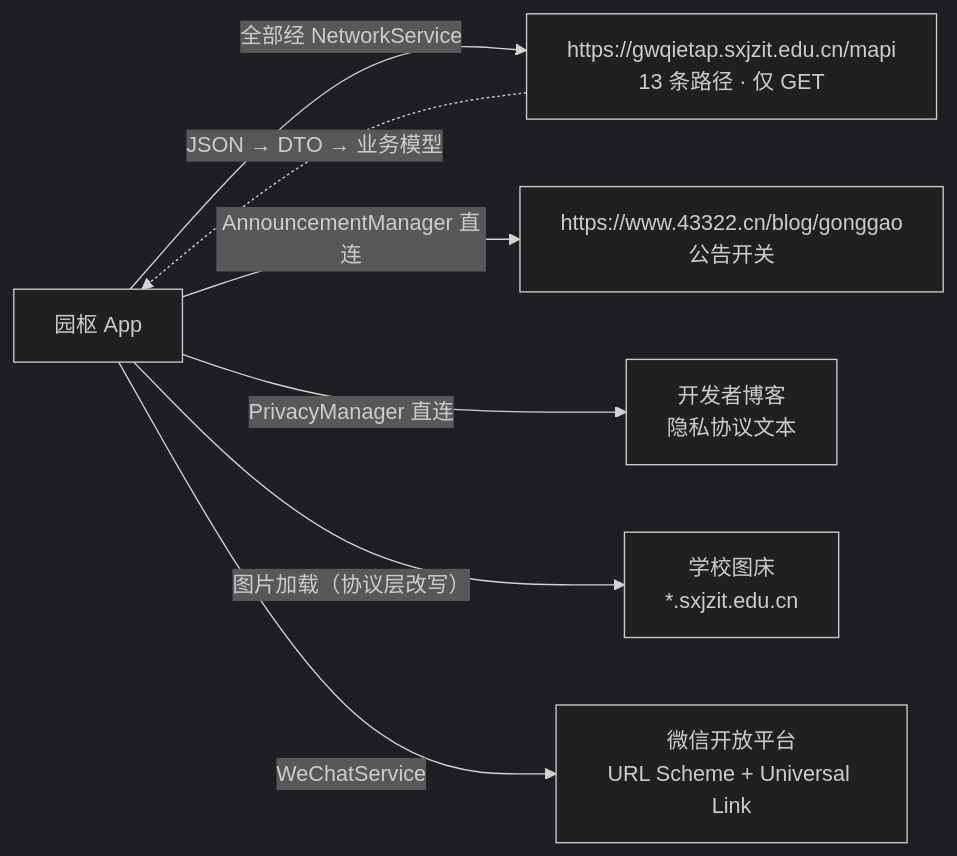
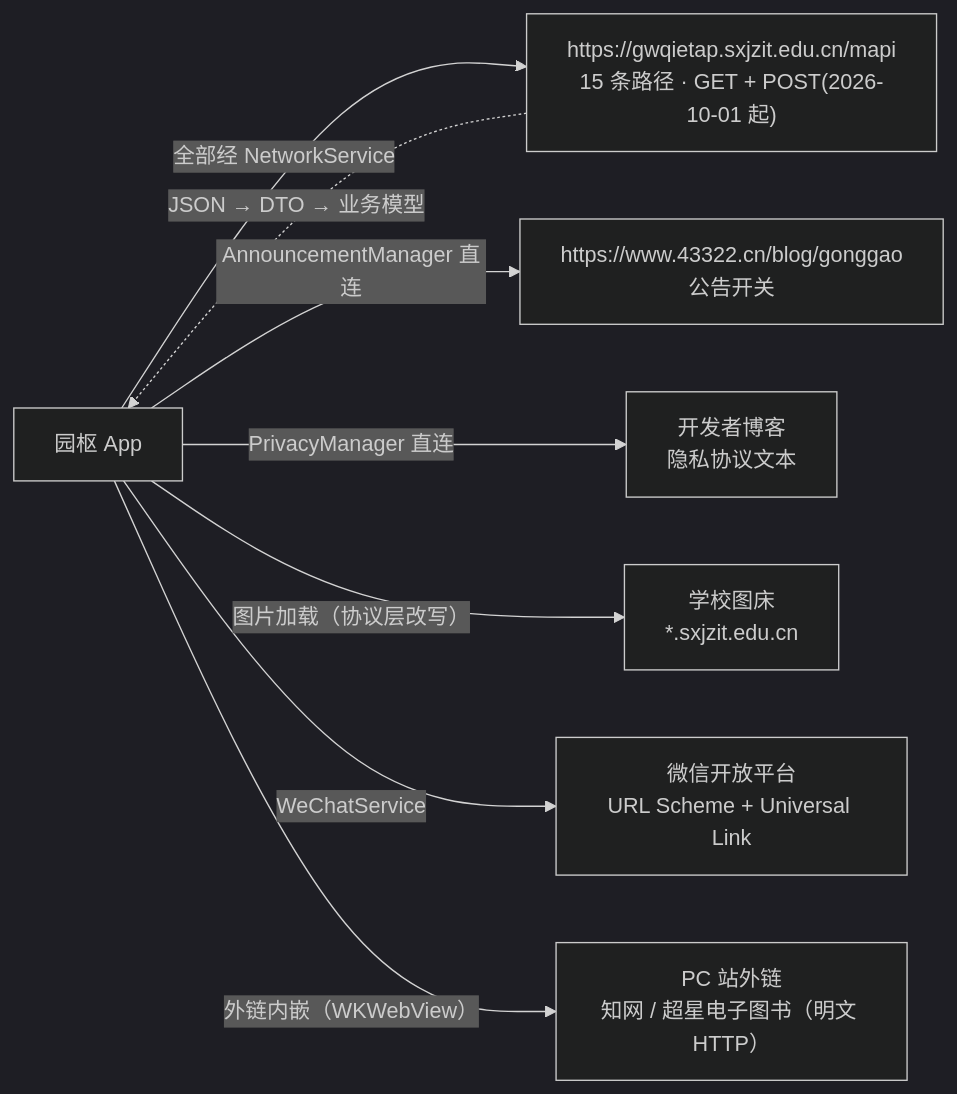
The second of 2 diagrams in code-wiki/04-依赖关系.md (kkkh/demo), drawn with Mermaid (dark theme) before and after one commit. The commit also changed other lines of this file and 19 other files, not shown here.

````diff
--- a/code-wiki/04-依赖关系.md
+++ b/code-wiki/04-依赖关系.md
@@ -273,9 +273,10 @@
 ```mermaid
 graph LR
-    APP["园枢 App"] -->|"全部经 NetworkService"| MAPI["https://gwqietap.sxjzit.edu.cn/mapi<br/>13 条路径 · 仅 GET"]
+    APP["园枢 App"] -->|"全部经 NetworkService"| MAPI["https://gwqietap.sxjzit.edu.cn/mapi<br/>15 条路径 · GET + POST(2026-10-01 起)"]
     APP -->|"AnnouncementManager 直连"| BLOG["https://www.43322.cn/blog/gonggao<br/>公告开关"]
     APP -->|"PrivacyManager 直连"| BLOG2["开发者博客<br/>隐私协议文本"]
     APP -->|"图片加载（协议层改写）"| IMG["学校图床<br/>*.sxjzit.edu.cn"]
     APP -->|"WeChatService"| WXAPI["微信开放平台<br/>URL Scheme + Universal Link"]
+    APP -->|"外链内嵌（WKWebView）"| EXT["PC 站外链<br/>知网 / 超星电子图书（明文 HTTP）"]
     MAPI -.->|"JSON → DTO → 业务模型"| APP
 ```
````
